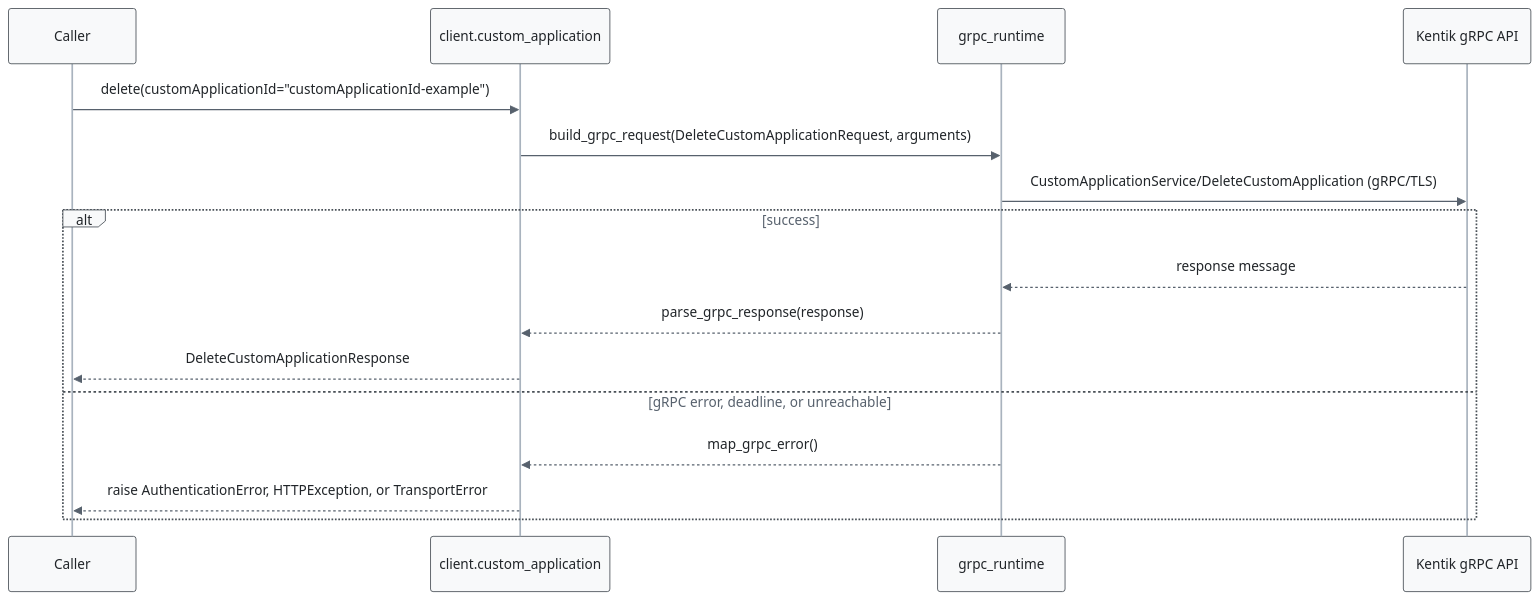
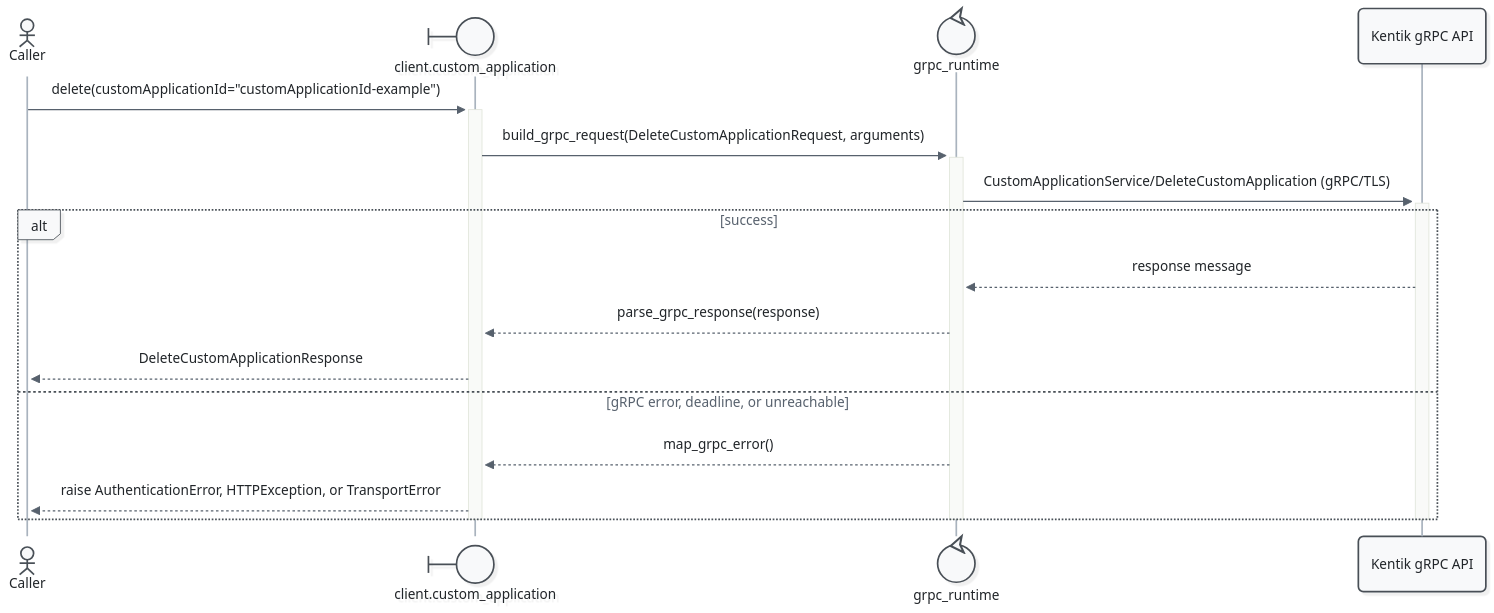
The tenth of 11 diagrams in docs/sphinx/services/custom_application.md (alexdearaujo/community_sdk_python), drawn with Mermaid before and after one commit. The commit also changed other lines of this file and 52 other files, not shown here.

First line of the commit message:
docs: Mermaid 12 sequence diagrams with participant types and path colors

````diff
--- a/docs/sphinx/services/custom_application.md
+++ b/docs/sphinx/services/custom_application.md
@@ -363,20 +385,23 @@
 ```mermaid
-%%{init: {"theme": "base", "fontFamily": "ui-monospace, SFMono-Regular, Menlo, monospace", "themeVariables": {"fontFamily": "ui-monospace, SFMono-Regular, Menlo, monospace", "primaryColor": "#f8f9fa", "primaryBorderColor": "#495057", "primaryTextColor": "#212529", "textColor": "#212529", "lineColor": "#77818c", "edgeLabelBackground": "#ffffff", "actorBkg": "#f8f9fa", "actorBorder": "#495057", "actorTextColor": "#212529", "actorLineColor": "#a9b3be", "signalColor": "#57616d", "signalTextColor": "#212529", "labelBoxBkgColor": "#f8f9fa", "labelBoxBorderColor": "#495057", "labelTextColor": "#212529", "loopTextColor": "#57616d", "noteBkgColor": "#fff9db", "noteBorderColor": "#f08c00", "noteTextColor": "#a35a00"}, "flowchart": {"curve": "step", "nodeSpacing": 30, "rankSpacing": 70, "wrappingWidth": 400}}}%%
+%%{init: {"theme": "redux", "look": "neo", "layout": "dagre", "fontFamily": "ui-monospace, SFMono-Regular, Menlo, monospace", "themeVariables": {"fontFamily": "ui-monospace, SFMono-Regular, Menlo, monospace", "primaryColor": "#f8f9fa", "primaryBorderColor": "#495057", "primaryTextColor": "#212529", "textColor": "#212529", "lineColor": "#77818c", "edgeLabelBackground": "#ffffff", "actorBkg": "#f8f9fa", "actorBorder": "#495057", "actorTextColor": "#212529", "actorLineColor": "#a9b3be", "signalColor": "#57616d", "signalTextColor": "#212529", "labelBoxBkgColor": "#f8f9fa", "labelBoxBorderColor": "#495057", "labelTextColor": "#212529", "loopTextColor": "#57616d", "noteBkgColor": "#fff9db", "noteBorderColor": "#f08c00", "noteTextColor": "#a35a00"}, "sequence": {"activationWidth": 16}, "flowchart": {"curve": "step", "nodeSpacing": 30, "rankSpacing": 70, "wrappingWidth": 400}}}%%
 sequenceDiagram
-    participant C as Caller
-    participant W as client.custom_application
-    participant R as grpc_runtime
+    actor C as Caller
+    participant W@{ "type": "boundary" } as client.custom_application
+    participant R@{ "type": "control" } as grpc_runtime
     participant API as Kentik gRPC API
 
-    C->>W: delete(customApplicationId="customApplicationId-example")
-    W->>R: build_grpc_request(DeleteCustomApplicationRequest, arguments)
-    R->>API: CustomApplicationService/DeleteCustomApplication (gRPC/TLS)
+    C->>+W: delete(customApplicationId="customApplicationId-example")
+    W->>+R: build_grpc_request(DeleteCustomApplicationRequest, arguments)
+    R->>+API: CustomApplicationService/DeleteCustomApplication (gRPC/TLS)
     alt success
         API-->>R: response message
         R-->>W: parse_grpc_response(response)
         W-->>C: DeleteCustomApplicationResponse
     else gRPC error, deadline, or unreachable
         R-->>W: map_grpc_error()
         W-->>C: raise AuthenticationError, HTTPException, or TransportError
     end
+    deactivate API
+    deactivate R
+    deactivate W
 ```
````
